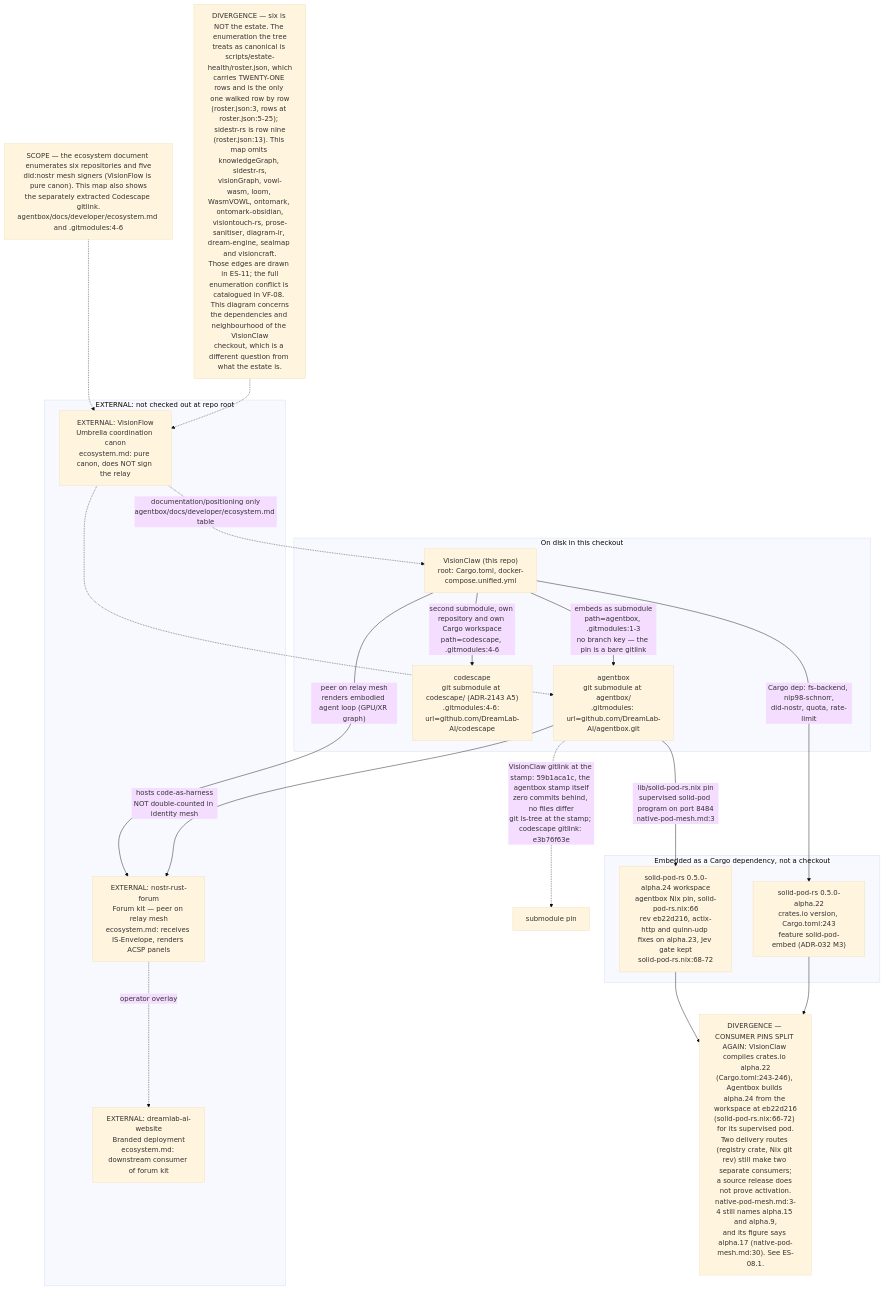
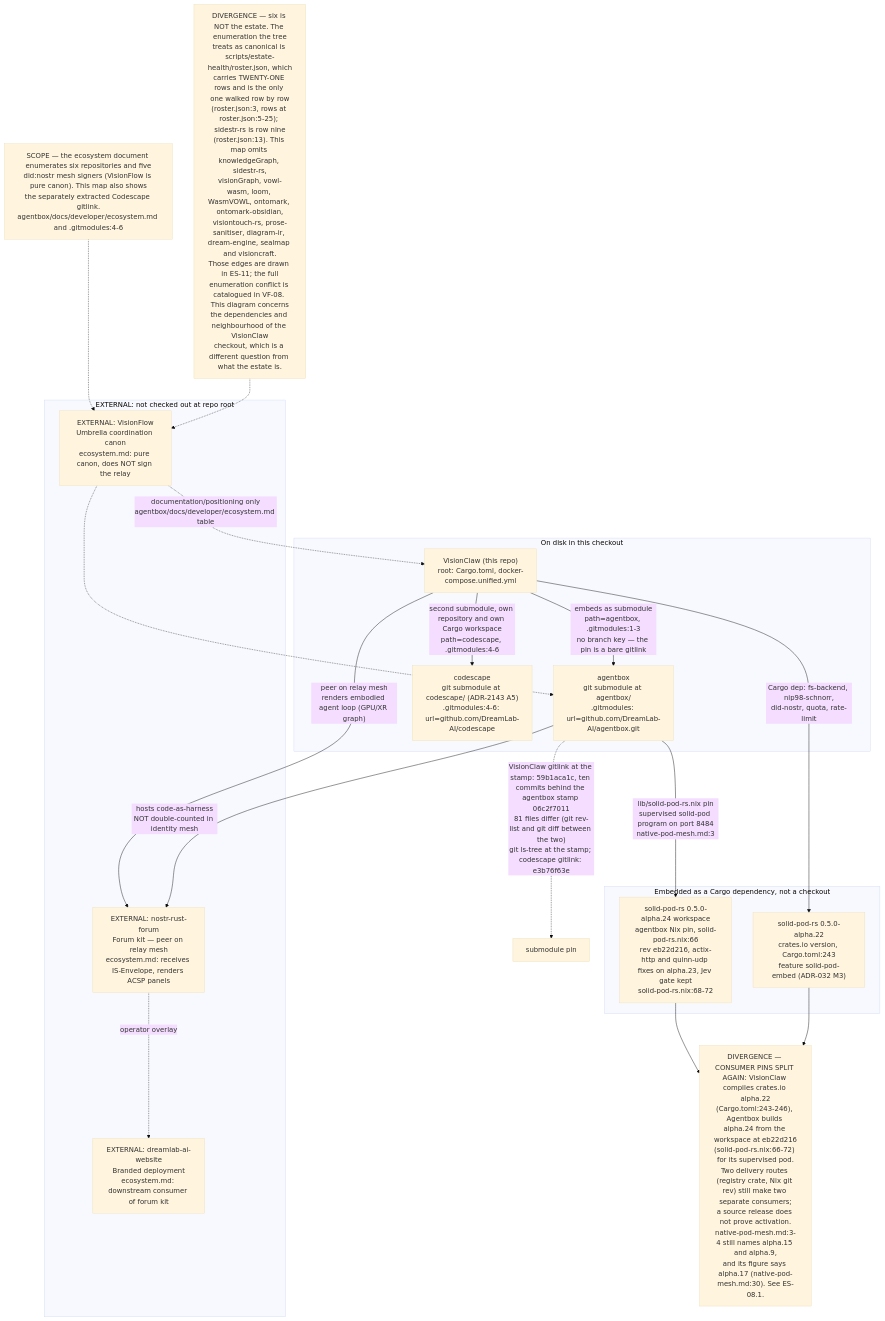
The first of 8 diagrams in docs/diagrams/estate/01-estate-topology.md (DreamLab-AI/VisionFlow), drawn with Mermaid (base theme) before and after one commit. The commit also changed other lines of this file and 18 other files, not shown here.

First line of the commit message:
docs(diagrams): freeze panels for fixed defects and add successors at the fix revisions

````diff
--- a/docs/diagrams/estate/01-estate-topology.md
+++ b/docs/diagrams/estate/01-estate-topology.md
@@ -64,38 +64,38 @@
 ```mermaid
 flowchart TB
     subgraph ONDISK["On disk in this checkout"]
         VC["VisionClaw (this repo)<br/>root: Cargo.toml, docker-compose.unified.yml"]
         AB["agentbox<br/>git submodule at agentbox/<br/>.gitmodules: url=github.com/DreamLab-AI/agentbox.git"]
         CS["codescape<br/>git submodule at codescape/ (ADR-2143 A5)<br/>.gitmodules:4-6: url=github.com/DreamLab-AI/codescape"]
     end
     VC -->|"embeds as submodule<br/>path=agentbox, .gitmodules:1-3<br/>no branch key — the pin is a bare gitlink"| AB
     VC -->|"second submodule, own repository and own Cargo workspace<br/>path=codescape, .gitmodules:4-6"| CS
-    AB -.->|"VisionClaw gitlink at the stamp: 59b1aca1c, the agentbox stamp itself<br/>zero commits behind, no files differ<br/>git ls-tree at the stamp; codescape gitlink: e3b76f63e"| ABPIN["submodule pin"]
+    AB -.->|"VisionClaw gitlink at the stamp: 59b1aca1c, ten commits behind the agentbox stamp 06c2f7011<br/>81 files differ (git rev-list and git diff between the two)<br/>git ls-tree at the stamp; codescape gitlink: e3b76f63e"| ABPIN["submodule pin"]
 
     subgraph CRATE["Embedded as a Cargo dependency, not a checkout"]
         SPR["solid-pod-rs 0.5.0-alpha.22<br/>crates.io version, Cargo.toml:243<br/>feature solid-pod-embed (ADR-032 M3)"]
         SPRN["solid-pod-rs 0.5.0-alpha.24 workspace<br/>agentbox Nix pin, solid-pod-rs.nix:66<br/>rev eb22d216, actix-http and quinn-udp fixes on alpha.23, Jev gate kept<br/>solid-pod-rs.nix:68-72"]
     end
     VC -->|"Cargo dep: fs-backend, nip98-schnorr,<br/>did-nostr, quota, rate-limit"| SPR
     AB -->|"lib/solid-pod-rs.nix pin<br/>supervised solid-pod program on port 8484<br/>native-pod-mesh.md:3"| SPRN
 
     DIVSP["DIVERGENCE — CONSUMER PINS SPLIT AGAIN: VisionClaw compiles crates.io alpha.22<br/>(Cargo.toml:243-246), Agentbox builds alpha.24 from the workspace at eb22d216<br/>(solid-pod-rs.nix:66-72) for its supervised pod.<br/>Two delivery routes (registry crate, Nix git rev) still make two separate consumers;<br/>a source release does not prove activation.<br/>native-pod-mesh.md:3-4 still names alpha.15 and alpha.9,<br/>and its figure says alpha.17 (native-pod-mesh.md:30). See ES-08.1."]
     SPRN --> DIVSP
     SPR --> DIVSP
 
     subgraph EXTERNAL1["EXTERNAL: not checked out at repo root"]
         VF["EXTERNAL: VisionFlow<br/>Umbrella coordination canon<br/>ecosystem.md: pure canon, does NOT sign the relay"]
         NRF["EXTERNAL: nostr-rust-forum<br/>Forum kit — peer on relay mesh<br/>ecosystem.md: receives IS-Envelope, renders ACSP panels"]
         DAW["EXTERNAL: dreamlab-ai-website<br/>Branded deployment<br/>ecosystem.md: downstream consumer of forum kit"]
     end
     VC -->|"peer on relay mesh<br/>renders embodied agent loop (GPU/XR graph)"| NRF
     AB -->|"hosts code-as-harness<br/>NOT double-counted in identity mesh"| NRF
     NRF -.->|"operator overlay"| DAW
     VF -.->|"documentation/positioning only<br/>agentbox/docs/developer/ecosystem.md table"| VC
     VF -.-> AB
 
     NOTE1["SCOPE — the ecosystem document enumerates six repositories and five<br/>did:nostr mesh signers (VisionFlow is pure canon). This map also shows<br/>the separately extracted Codescape gitlink.<br/>agentbox/docs/developer/ecosystem.md and .gitmodules:4-6"]
     NOTE2["DIVERGENCE — six is NOT the estate. The enumeration the tree<br/>treats as canonical is scripts/estate-health/roster.json, which<br/>carries TWENTY-ONE rows and is the only one walked row by row<br/>(roster.json:3, rows at roster.json:5-25); sidestr-rs is row nine<br/>(roster.json:13). This map omits knowledgeGraph, sidestr-rs,<br/>visionGraph, vowl-wasm, loom, WasmVOWL, ontomark, ontomark-obsidian,<br/>visiontouch-rs, prose-sanitiser, diagram-ir, dream-engine, sealmap and visioncraft.<br/>Those edges are drawn in ES-11; the full<br/>enumeration conflict is catalogued in VF-08. This diagram concerns<br/>the dependencies and neighbourhood of the VisionClaw<br/>checkout, which is a different question from what the estate is."]
     NOTE1 -.-> VF
     NOTE2 -.-> VF
 ```
````
